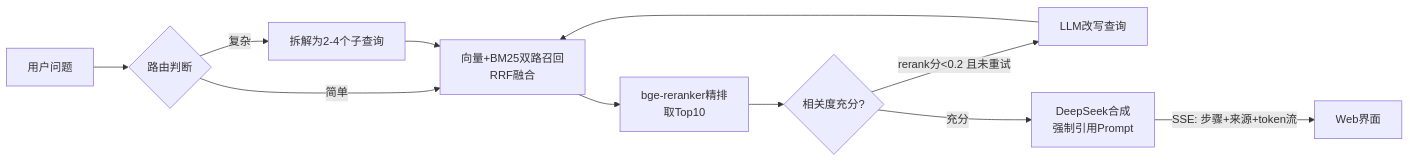
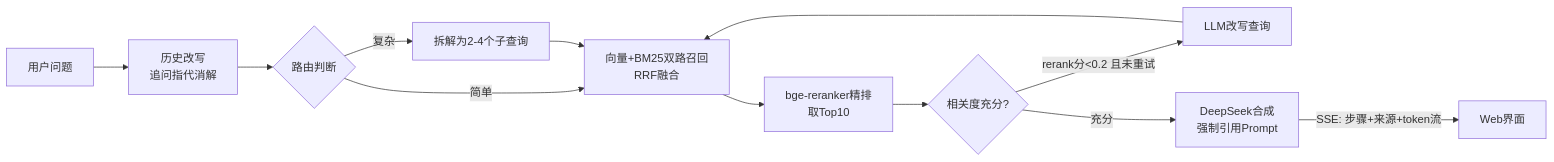
One commit to shit-king/Embodied-Intelligence-RAG changed the second of 2 diagrams in README.md. Above: the diagram before and after it, drawn with Mermaid. The commit also changed other lines of this file and 4 other files, not shown here.

````diff
--- a/README.md
+++ b/README.md
@@ -35,11 +36,12 @@
 ```mermaid
 flowchart LR
-    Q[用户问题] --> R{路由判断}
+    Q[用户问题] --> CD[历史改写<br>追问指代消解]
+    CD --> R{路由判断}
     R -->|简单| RT[向量+BM25双路召回<br>RRF融合]
     R -->|复杂| DC[拆解为2-4个子查询] --> RT
     RT --> RR[bge-reranker精排<br>取Top10]
     RR --> J{相关度充分?}
     J -->|rerank分<0.2 且未重试| RW[LLM改写查询] --> RT
     J -->|充分| SY[DeepSeek合成<br>强制引用Prompt]
     SY -->|SSE: 步骤+来源+token流| G[Web界面]
 ```
````
